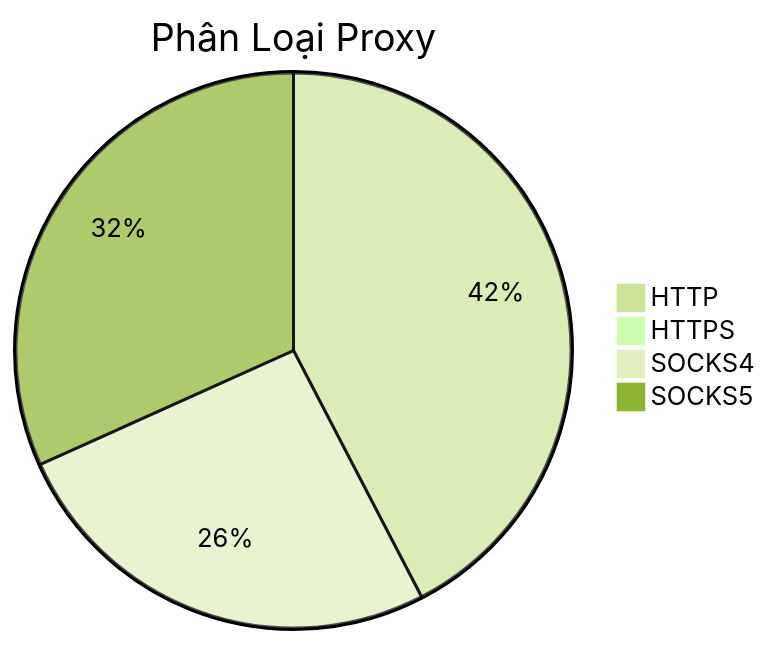
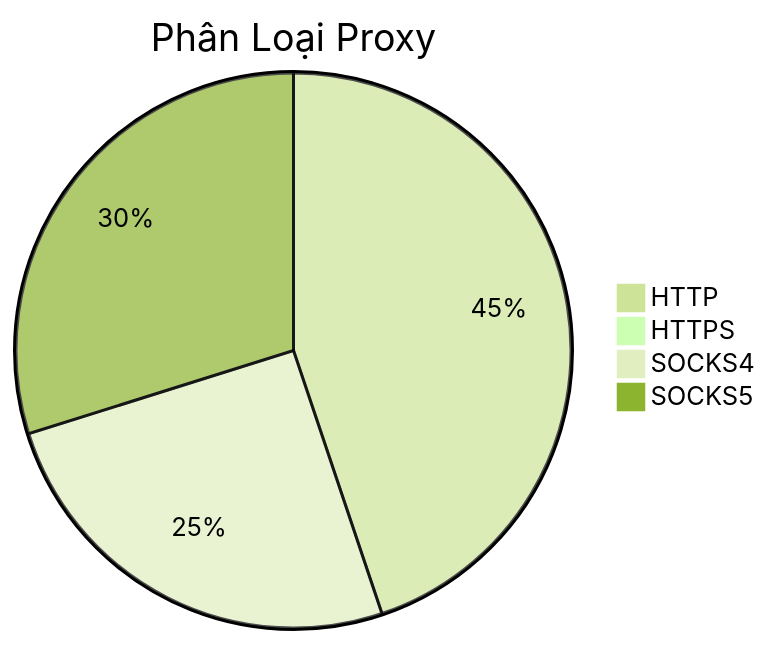
The diagram in README.md (Ciara-12/PROXY-free), drawn with Mermaid (forest theme) before and after one commit. The commit also changed other lines of this file and 4 other files, not shown here.

````diff
--- a/README.md
+++ b/README.md
@@ -26,7 +26,7 @@
 ```mermaid
 pie title Phân Loại Proxy
-    "HTTP" : 458
-    "HTTPS" : 1
-    "SOCKS4" : 280
-    "SOCKS5" : 343
+    "HTTP" : 595
+    "HTTPS" : 0
+    "SOCKS4" : 336
+    "SOCKS5" : 396
 ```
````
